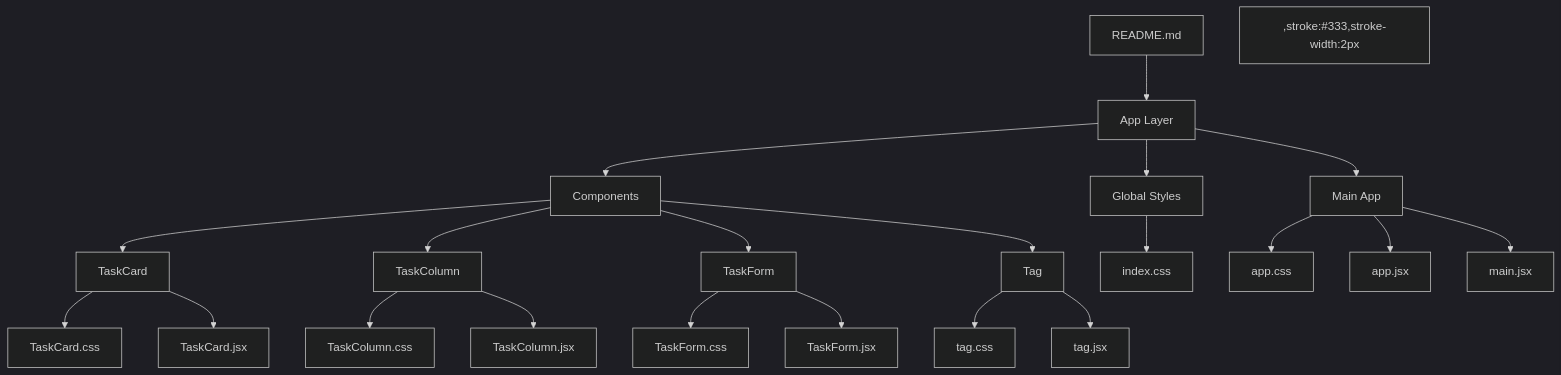
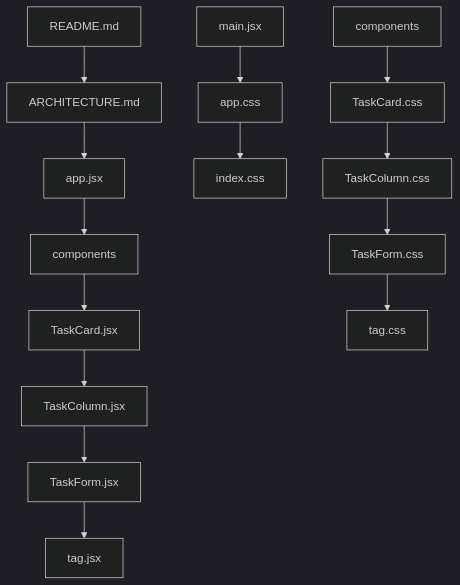
One commit to nirzaraghure/todo-app changed the diagram in ARCHITECTURE.md. Above: the diagram before and after it, drawn with Mermaid (dark theme).

Commit message:
🤖 GitGenius: AI-generated code fix

````diff
--- a/ARCHITECTURE.md
+++ b/ARCHITECTURE.md
@@ -3,44 +3,16 @@
 ```mermaid
 graph TD
-    A[README.md] --> B[App Layer]
-    B --> C[Components]
-    C --> D[TaskCard]
-    D --> E[TaskCard.css]
-    D --> F[TaskCard.jsx]
-    C --> G[TaskColumn]
-    G --> H[TaskColumn.css]
-    G --> I[TaskColumn.jsx]
-    C --> J[TaskForm]
-    J --> K[TaskForm.css]
-    J --> L[TaskForm.jsx]
-    C --> M[Tag]
-    M --> N[tag.css]
-    M --> O[tag.jsx]
-    B --> P[Global Styles]
-    P --> Q[index.css]
-    B --> R[Main App]
-    R --> S[app.css]
-    R --> T[app.jsx]
-    R --> U[main.jsx]
-    ,stroke:#333,stroke-width:2px
-    ,stroke:#333,stroke-width:2px
-    ,stroke:#333,stroke-width:2px
-    ,stroke:#333,stroke-width:2px
-    ,stroke:#333,stroke-width:2px
-    ,stroke:#333,stroke-width:2px
-    ,stroke:#333,stroke-width:2px
-    ,stroke:#333,stroke-width:2px
-    ,stroke:#333,stroke-width:2px
-    ,stroke:#333,stroke-width:2px
-    ,stroke:#333,stroke-width:2px
-    ,stroke:#333,stroke-width:2px
-    ,stroke:#333,stroke-width:2px
-    ,stroke:#333,stroke-width:2px
-    ,stroke:#333,stroke-width:2px
-    ,stroke:#333,stroke-width:2px
-    ,stroke:#333,stroke-width:2px
-    ,stroke:#333,stroke-width:2px
-    ,stroke:#333,stroke-width:2px
-    ,stroke:#333,stroke-width:2px
-    ,stroke:#333,stroke-width:2px
+    A[README.md] --> B[ARCHITECTURE.md]
+    B --> C[app.jsx]
+    C --> D[components]
+    D --> E[TaskCard.jsx]
+    E --> F[TaskColumn.jsx]
+    F --> G[TaskForm.jsx]
+    G --> H[tag.jsx]
+    I[main.jsx] --> J[app.css]
+    J --> K[index.css]
+    L[components] --> M[TaskCard.css]
+    M --> N[TaskColumn.css]
+    N --> O[TaskForm.css]
+    O --> P[tag.css]
 ```
````
